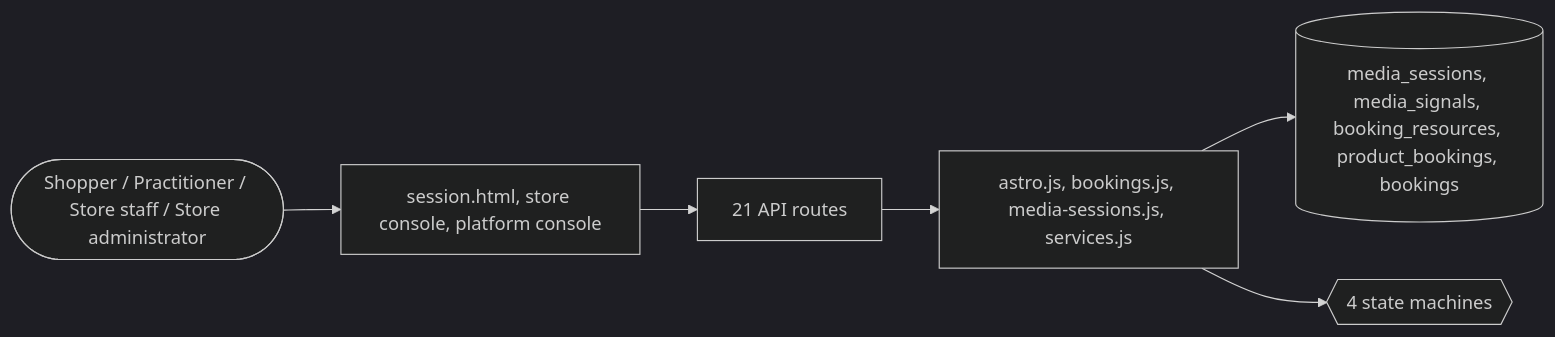
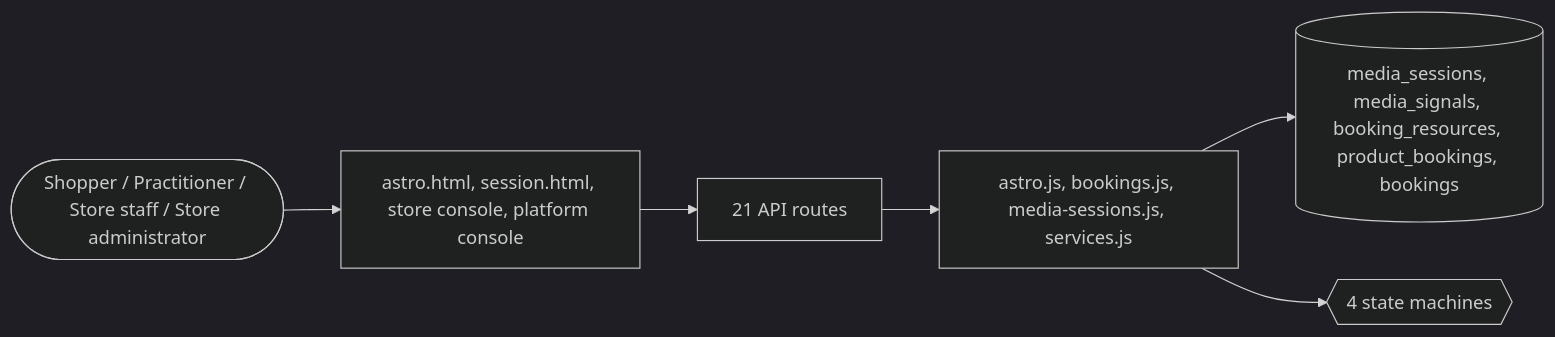
Before and after one commit to echelonxventures-Projects/universal-product: the fifth of 5 diagrams in docs/domains/services.md, drawn with Mermaid (dark theme). The commit also changed other lines of this file and 10 other files, not shown here.

````diff
--- a/docs/domains/services.md
+++ b/docs/domains/services.md
@@ -289,8 +289,8 @@
 ```mermaid
 flowchart LR
-  U([Shopper / Practitioner / Store staff / Store administrator]) --> UI[session.html, store console, platform console]
+  U([Shopper / Practitioner / Store staff / Store administrator]) --> UI[astro.html, session.html, store console, platform console]
   UI --> API[21 API routes]
   API --> ENG[astro.js, bookings.js, media-sessions.js, services.js]
   ENG --> DB[(media_sessions, media_signals, booking_resources, product_bookings, bookings)]
   ENG --> SM{{4 state machines}}
 ```
````
